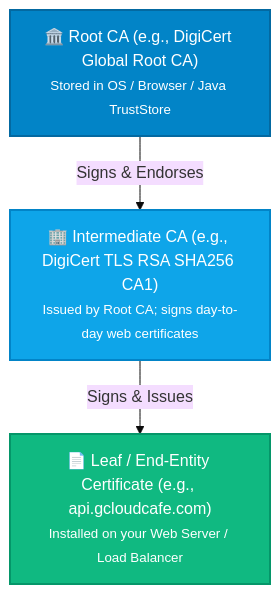
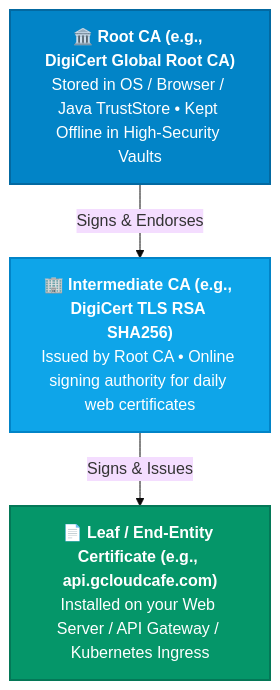
Before and after one commit to tharun15/gcloudcafe: the fourth of 5 diagrams in content/english/blog/tls-demystified-part1-cryptography-keys-csr-ca-explained.md, drawn with Mermaid (base theme). The commit also changed other lines of this file and 2 other files, not shown here.

Commit message:
style(ui): enlarge Mermaid diagram nodes and optimize vertical flow for readability

````diff
--- a/content/english/blog/tls-demystified-part1-cryptography-keys-csr-ca-explained.md
+++ b/content/english/blog/tls-demystified-part1-cryptography-keys-csr-ca-explained.md
@@ -161,13 +165,13 @@
 ```mermaid
-graph TD
-    Root["🏛️ Root CA (e.g., DigiCert Global Root CA)<br/><small>Stored in OS / Browser / Java TrustStore</small>"]
-    Inter["🏢 Intermediate CA (e.g., DigiCert TLS RSA SHA256 CA1)<br/><small>Issued by Root CA; signs day-to-day web certificates</small>"]
-    Leaf["📄 Leaf / End-Entity Certificate (e.g., api.gcloudcafe.com)<br/><small>Installed on your Web Server / Load Balancer</small>"]
+flowchart TD
+    Root["🏛️ <b>Root CA (e.g., DigiCert Global Root CA)</b><br/>Stored in OS / Browser / Java TrustStore • Kept Offline in High-Security Vaults"]
+    Inter["🏢 <b>Intermediate CA (e.g., DigiCert TLS RSA SHA256)</b><br/>Issued by Root CA • Online signing authority for daily web certificates"]
+    Leaf["📄 <b>Leaf / End-Entity Certificate (e.g., api.gcloudcafe.com)</b><br/>Installed on your Web Server / API Gateway / Kubernetes Ingress"]
 
     Root -->|Signs & Endorses| Inter
     Inter -->|Signs & Issues| Leaf
 
     style Root fill:#0284c7,stroke:#0369a1,color:#ffffff,stroke-width:2px;
     style Inter fill:#0ea5e9,stroke:#0284c7,color:#ffffff,stroke-width:2px;
-    style Leaf fill:#10b981,stroke:#059669,color:#ffffff,stroke-width:2px;
+    style Leaf fill:#059669,stroke:#047857,color:#ffffff,stroke-width:2px;
 ```
````
